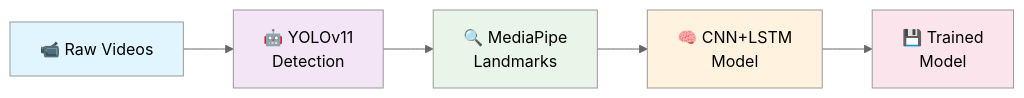
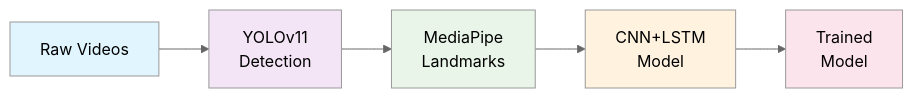
One commit to Sainava/Sign-Language-to-Speech changed the eighth of 12 diagrams in WORKFLOW_DIAGRAM.md. Above: the diagram before and after it, drawn with Mermaid (neutral theme).

````diff
--- a/WORKFLOW_DIAGRAM.md
+++ b/WORKFLOW_DIAGRAM.md
@@ -323,10 +323,10 @@
 ```mermaid
 graph LR
-    A[📹 Raw Videos] --> B[🤖 YOLOv11<br/>Detection] --> C[🔍 MediaPipe<br/>Landmarks] --> D[🧠 CNN+LSTM<br/>Model] --> E[💾 Trained<br/>Model]
+    A[Raw Videos] --> B[YOLOv11<br/>Detection] --> C[MediaPipe<br/>Landmarks] --> D[CNN+LSTM<br/>Model] --> E[Trained<br/>Model]
     
     style A fill:#e1f5fe
     style B fill:#f3e5f5
     style C fill:#e8f5e8
     style D fill:#fff3e0
     style E fill:#fce4ec
 ```
````
